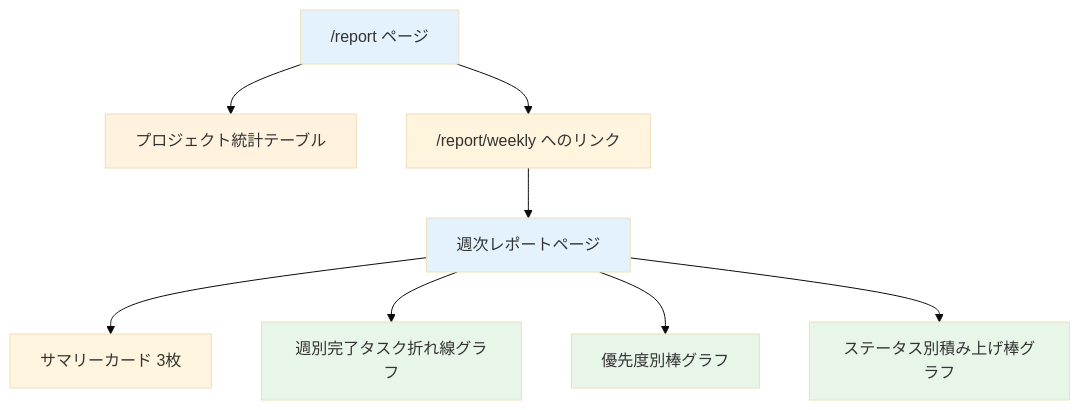
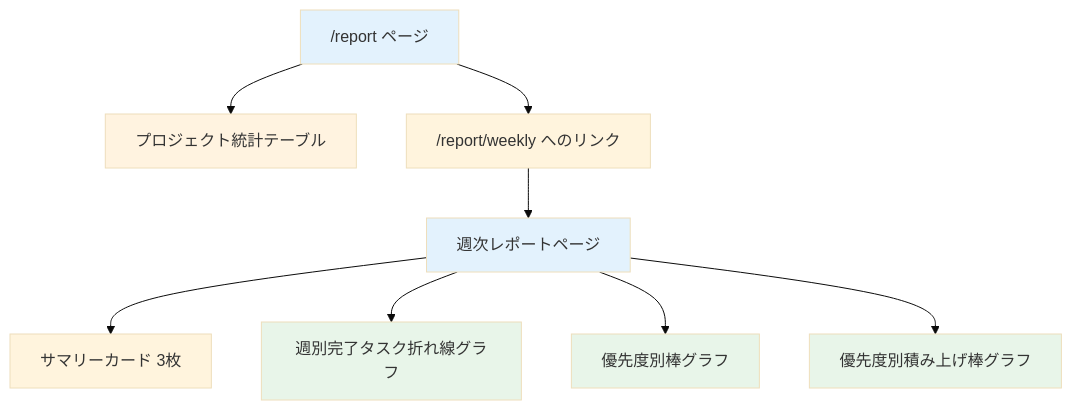
The first of 2 diagrams in material/30days-curriculum/day23_週次レポート.md (kouiso/task-app), drawn with Mermaid (base theme) before and after one commit. The commit also changed other lines of this file and 16 other files, not shown here.

````diff
--- a/material/30days-curriculum/day23_週次レポート.md
+++ b/material/30days-curriculum/day23_週次レポート.md
@@ -46,17 +46,17 @@
 ```mermaid
 flowchart TD
     A["/report ページ"] --> B[プロジェクト統計テーブル]
     A --> C["/report/weekly へのリンク"]
     C --> D[週次レポートページ]
     D --> E[サマリーカード 3枚]
     D --> F[週別完了タスク折れ線グラフ]
     D --> G[優先度別棒グラフ]
-    D --> H[ステータス別積み上げ棒グラフ]
+    D --> H[優先度別積み上げ棒グラフ]
 
     style A fill:#e3f2fd
     style B fill:#fff3e0
     style D fill:#e3f2fd
     style F fill:#e8f5e9
     style G fill:#e8f5e9
     style H fill:#e8f5e9
 ```
````
